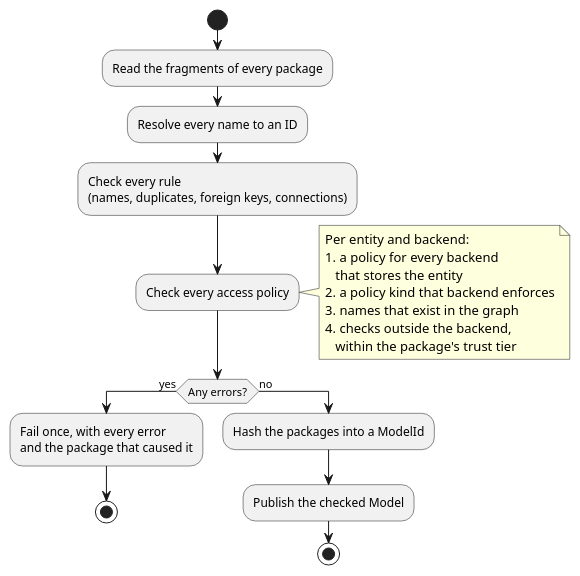
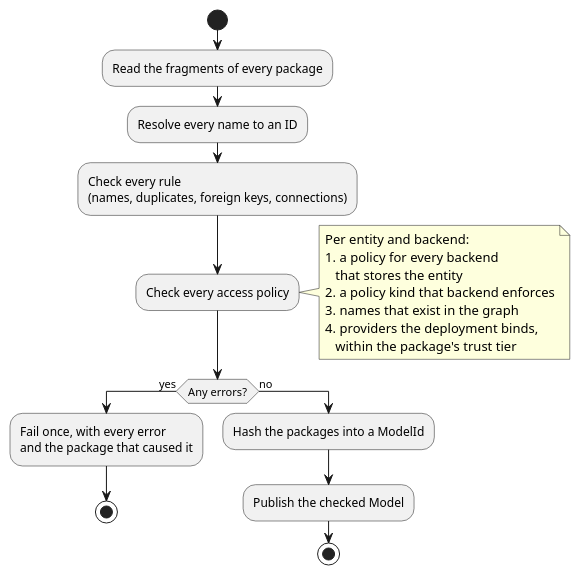
One commit to gitlabhq/orbit-knowledge-graph changed the third of 9 diagrams in docs/pages/engineering/adr/024_pluggable_data_model.md. Above: the diagram before and after it, drawn with PlantUML. The commit also changed other lines of this file and 1 other file, not shown here.

Commit message:
docs(adr): authorize through providers with permissions, scopes and checks

````diff
--- a/docs/pages/engineering/adr/024_pluggable_data_model.md
+++ b/docs/pages/engineering/adr/024_pluggable_data_model.md
@@ -232,28 +232,28 @@
 ```plantuml
 @startuml
 set separator none
 skinparam shadowing false
 start
 :Read the fragments of every package;
 :Resolve every name to an ID;
 :Check every rule\n(names, duplicates, foreign keys, connections);
 :Check every access policy;
 note right
   Per entity and backend:
   1. a policy for every backend
      that stores the entity
   2. a policy kind that backend enforces
   3. names that exist in the graph
-  4. checks outside the backend,
+  4. providers the deployment binds,
      within the package's trust tier
 end note
 if (Any errors?) then (yes)
   :Fail once, with every error\nand the package that caused it;
   stop
 else (no)
   :Hash the packages into a ModelId;
   :Publish the checked Model;
   stop
 endif
 @enduml
 ```
````
